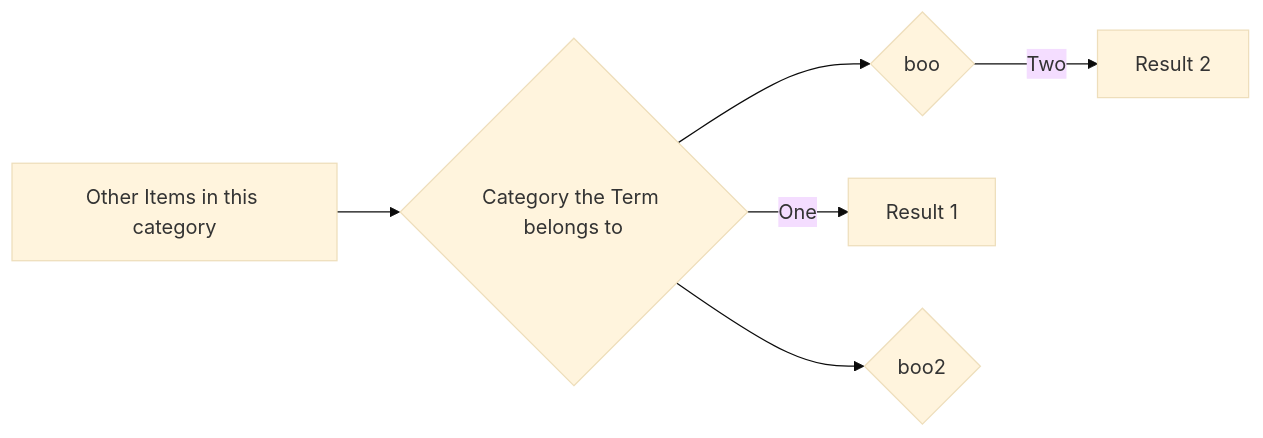
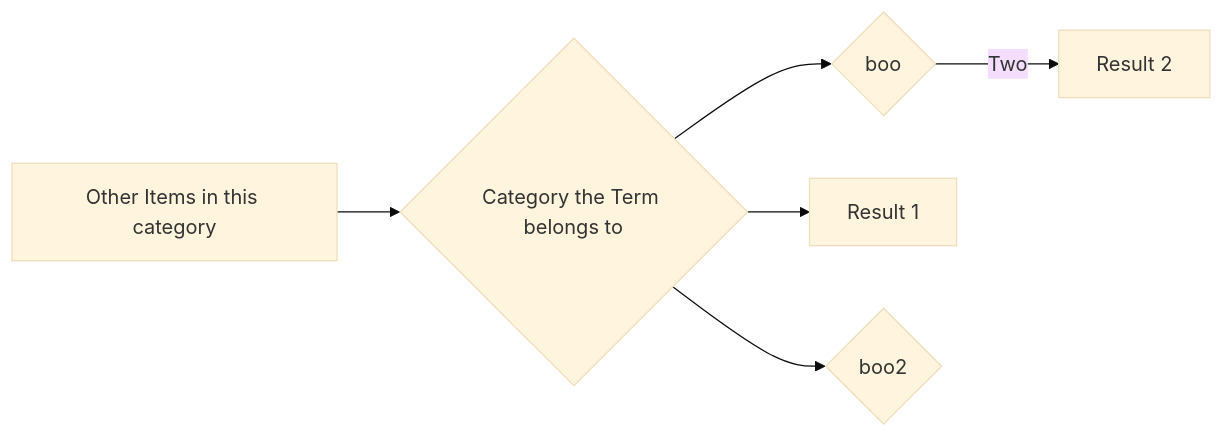
One commit to gerbssusd/dok changed the diagram in slides.md. Above: the diagram before and after it, drawn with Mermaid (base theme).

````diff
--- a/slides.md
+++ b/slides.md
@@ -217,11 +217,11 @@
 ```mermaid {theme: 'neutral', scale: 0.8}
 graph LR
 A[Other Items in this category] --> B{Category the Term belongs to} --> C{boo} 
-B -->|One| D[Result 1]
+B --> D[Result 1]
 C -->|Two| E[Result 2]
 B --> G{boo2}
 
 
 
 
 ```
````
